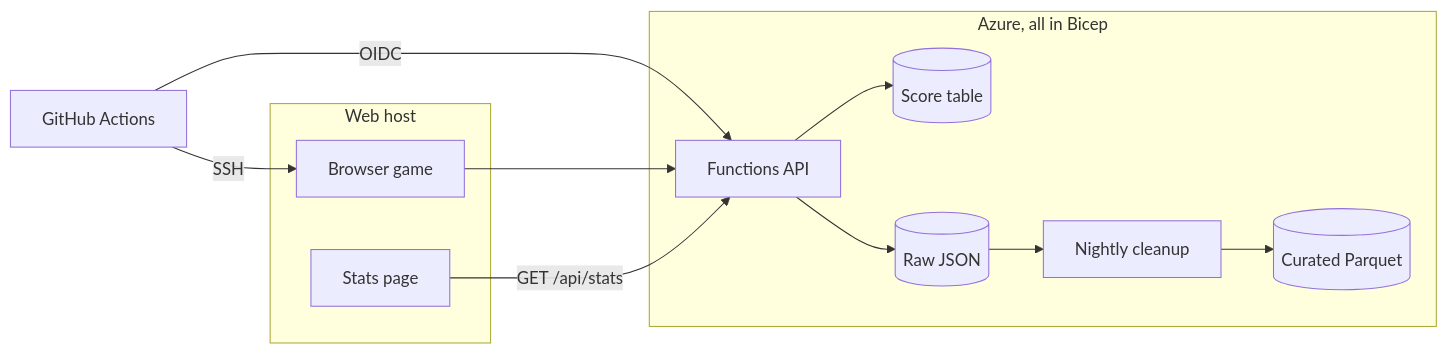
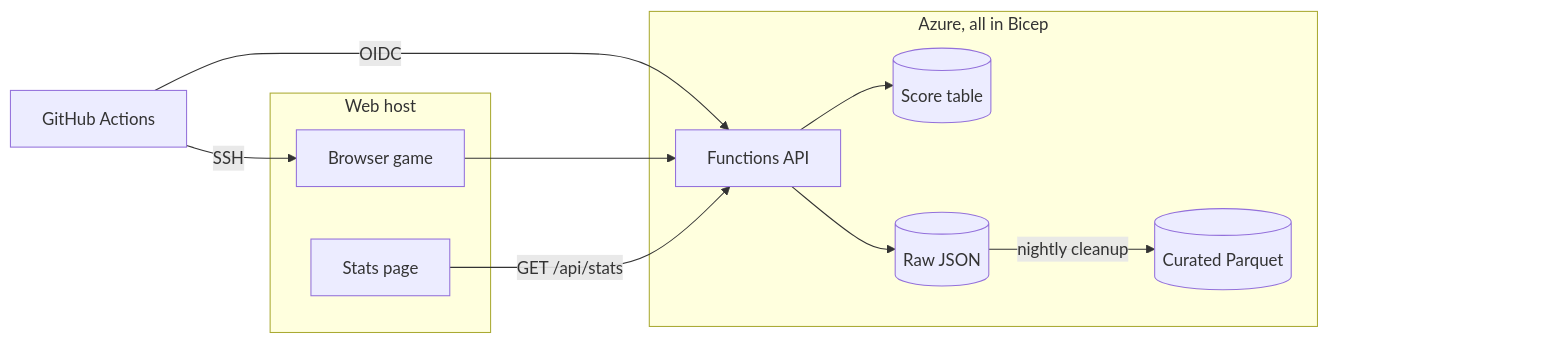
The diagram in README.md (Gerlitek/zombiet-peli), drawn with Mermaid before and after one commit.

Commit message:
Keep the diagram's right edge free for GitHub's zoom buttons

````diff
--- a/README.md
+++ b/README.md
@@ -14,18 +14,21 @@
 ```mermaid
 flowchart LR
     GH["GitHub Actions"]
     subgraph Web["Web host"]
         Game["Browser game"]
         Dash["Stats page"]
     end
     subgraph Azure["Azure, all in Bicep"]
         API["Functions API"] --> Scores[("Score table")]
         API --> Raw[("Raw JSON")]
-        Raw --> Night["Nightly cleanup"]
-        Night --> Cur[("Curated Parquet")]
+        Raw -->|"nightly cleanup"| Cur[("Curated Parquet")]
     end
     GH -->|"SSH"| Game
     GH -->|"OIDC"| API
     Game --> API
     Dash -->|"GET /api/stats"| API
+    %% Invisible spacer: keeps the right edge free for GitHub's zoom buttons
+    Cur ~~~ Space["Curated Parquet"]
+    classDef hidden fill:none,stroke:none,color:transparent
+    class Space hidden
 ```
````
